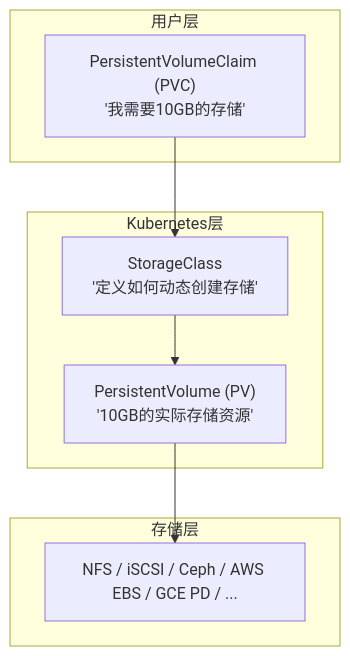
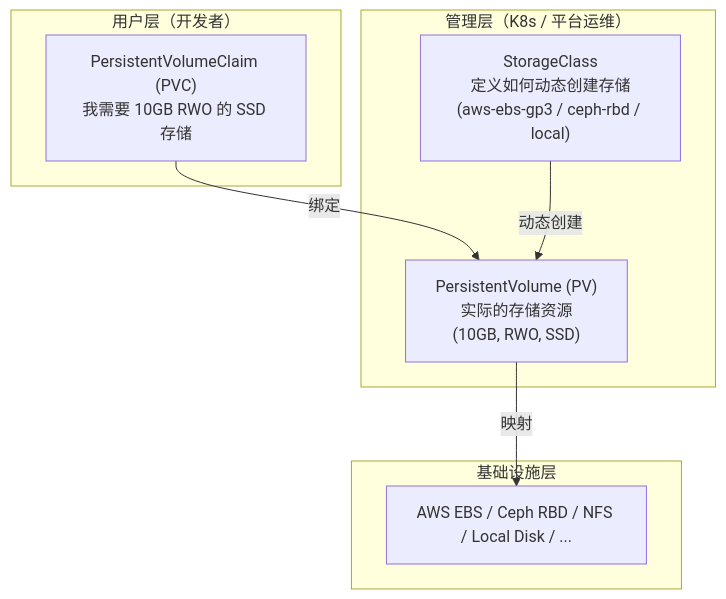
Before and after one commit to jpixy/jpixy.github.io: the first of 7 diagrams in content/articles/cloud-native/k8s-04-存储管理.md, drawn with Mermaid. The commit also changed other lines of this file and 10 other files, not shown here.

````diff
--- a/content/articles/cloud-native/k8s-04-存储管理.md
+++ b/content/articles/cloud-native/k8s-04-存储管理.md
@@ -15,17 +21,19 @@
 ```mermaid
 graph TB
-    subgraph UserLayer["用户层"]
-        PVC["PersistentVolumeClaim (PVC)<br>'我需要10GB的存储'"]
+    subgraph "用户层（开发者）"
+        PVC["PersistentVolumeClaim (PVC)<br>我需要 10GB RWO 的 SSD 存储"]
     end
     
-    subgraph K8sLayer["Kubernetes层"]
-        SC["StorageClass<br>'定义如何动态创建存储'"]
-        PV["PersistentVolume (PV)<br>'10GB的实际存储资源'"]
+    subgraph "管理层（K8s / 平台运维）"
+        SC["StorageClass<br>定义如何动态创建存储<br>(aws-ebs-gp3 / ceph-rbd / local)"]
+        PV["PersistentVolume (PV)<br>实际的存储资源<br>(10GB, RWO, SSD)"]
     end
     
-    subgraph StorageLayer["存储层"]
-        STORAGE["NFS / iSCSI / Ceph / AWS EBS / GCE PD / ..."]
+    subgraph "基础设施层"
+        STORAGE["AWS EBS / Ceph RBD / NFS / Local Disk / ..."]
     end
     
-    PVC --> SC --> PV --> STORAGE
+    PVC -->|"绑定"| PV
+    SC -->|"动态创建"| PV
+    PV -->|"映射"| STORAGE
 ```
````
